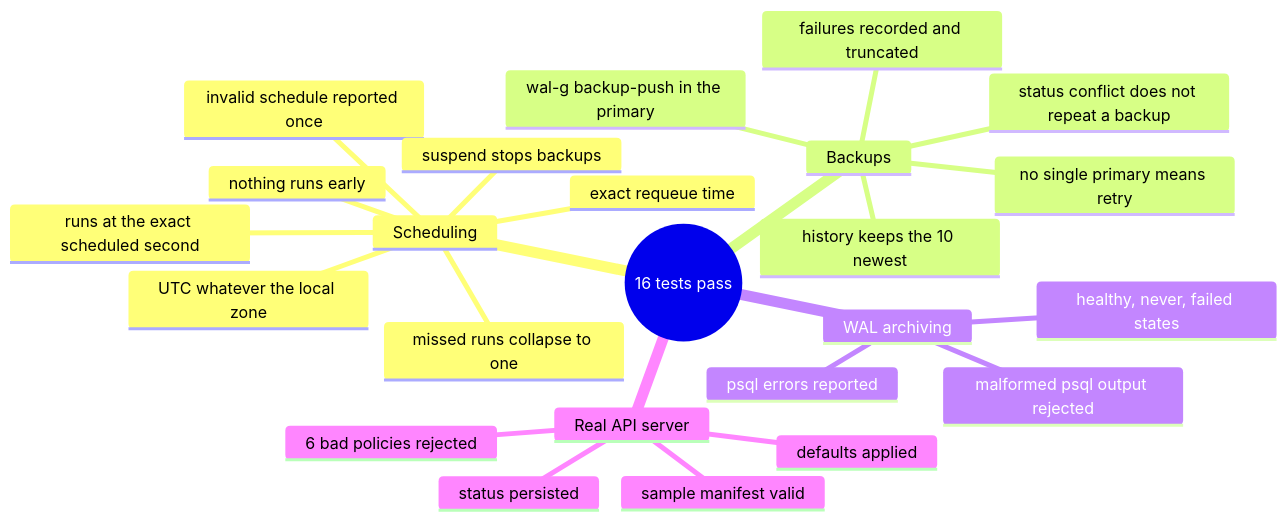
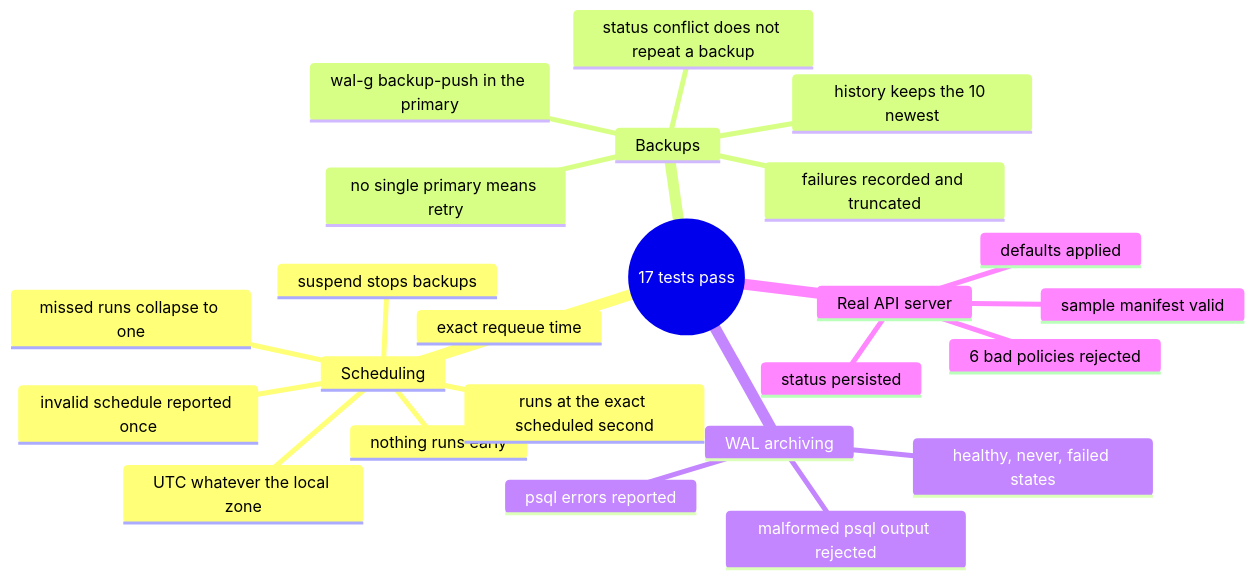
The second of 2 diagrams in README.md (EquinoxWN/db-backup-operator), drawn with Mermaid before and after one commit. The commit also changed other lines of this file and 4 other files, not shown here.

````diff
--- a/README.md
+++ b/README.md
@@ -102,27 +102,27 @@
 ```mermaid
 mindmap
-  root((16 tests pass))
+  root((17 tests pass))
     Scheduling
       nothing runs early
       runs at the exact scheduled second
       exact requeue time
       missed runs collapse to one
       UTC whatever the local zone
       invalid schedule reported once
       suspend stops backups
     Backups
       wal-g backup-push in the primary
       failures recorded and truncated
       history keeps the 10 newest
       no single primary means retry
       status conflict does not repeat a backup
     WAL archiving
       healthy, never, failed states
       malformed psql output rejected
       psql errors reported
     Real API server
       defaults applied
       6 bad policies rejected
       status persisted
       sample manifest valid
 ```
````
